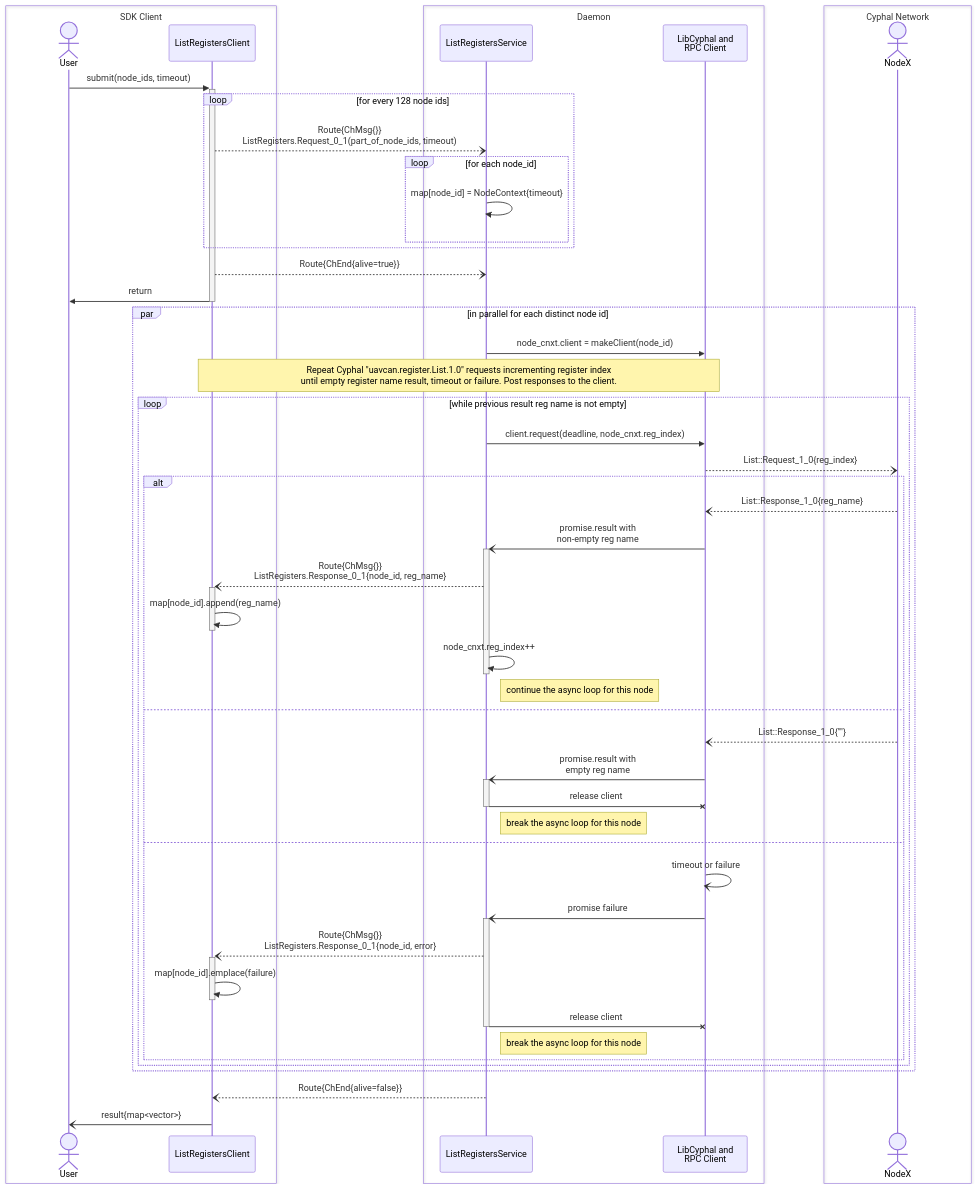
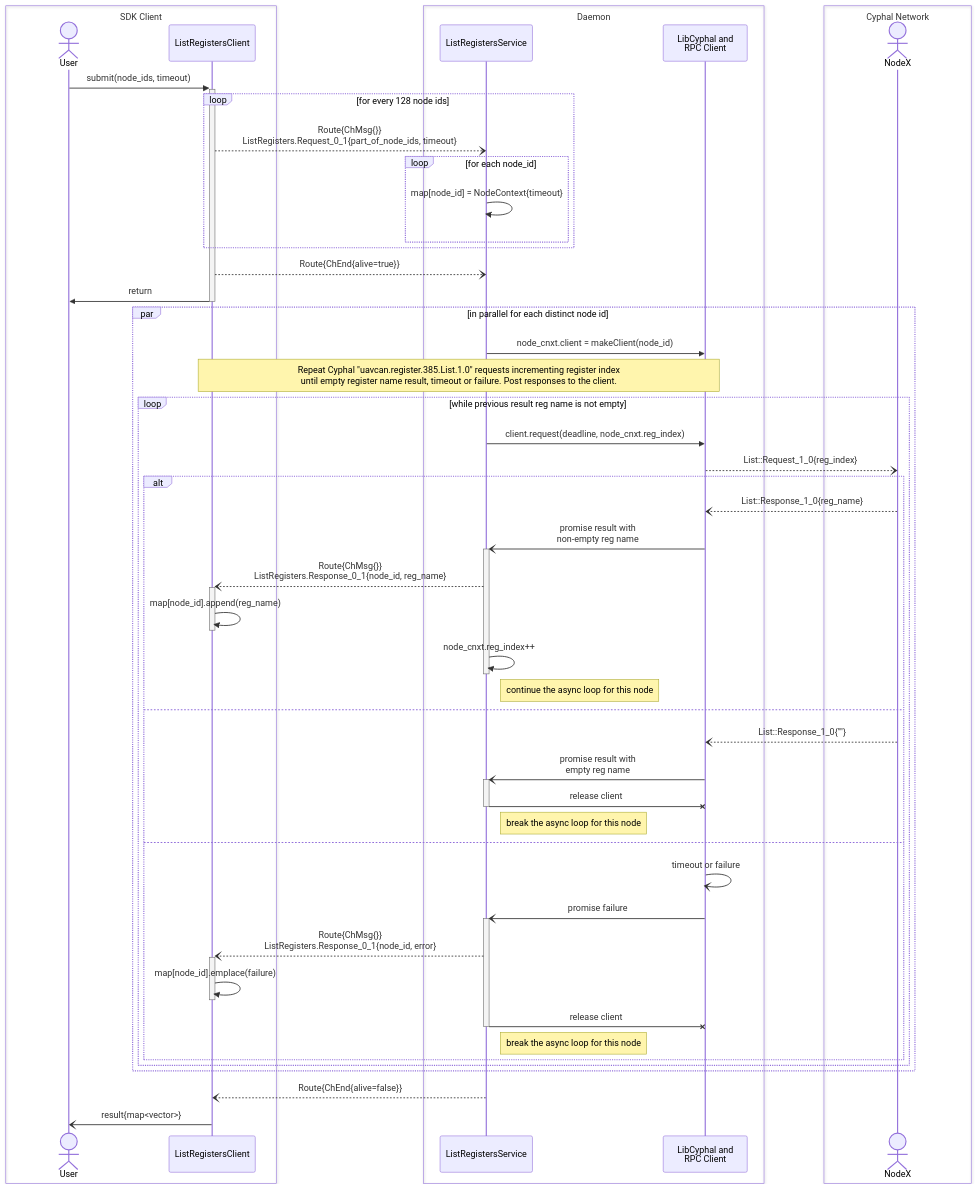
One commit to OpenCyphal-Garage/ocvsmd changed the second of 3 diagrams in docs/svc_design.md. Above: the diagram before and after it, drawn with Mermaid. The commit also changed other lines of this file, not shown here.

Commit message:
described `AccessRegisters` service

````diff
--- a/docs/svc_design.md
+++ b/docs/svc_design.md
@@ -106,62 +106,62 @@
 ```mermaid
 sequenceDiagram
     actor User
     participant ListRegistersClient
     participant ListRegistersService
     participant LibCyphal as LibCyphal and<br/>RPC Client
     actor NodeX
     
     User ->>+ ListRegistersClient: submit(node_ids, timeout)
     loop for every 128 node ids
-        ListRegistersClient --) ListRegistersService: Route{ChMsg{}}<br/>ListRegisters.Request_0_1(part_of_node_ids, timeout)
+        ListRegistersClient --) ListRegistersService: Route{ChMsg{}}<br/>ListRegisters.Request_0_1{part_of_node_ids, timeout}
         loop for each node_id
             ListRegistersService ->> ListRegistersService: map[node_id] = NodeContext{timeout}
         end
     end
     ListRegistersClient --) ListRegistersService: Route{ChEnd{alive=true}}
     ListRegistersClient ->>- User : return
     
     par in parallel for each distinct node id
         ListRegistersService ->> LibCyphal: node_cnxt.client = makeClient(node_id)
-        Note over ListRegistersClient, LibCyphal: Repeat Cyphal "uavcan.register.List.1.0" requests incrementing register index<br/>until empty register name result, timeout or failure. Post responses to the client.
+        Note over ListRegistersClient, LibCyphal: Repeat Cyphal "uavcan.register.385.List.1.0" requests incrementing register index<br/>until empty register name result, timeout or failure. Post responses to the client.
         loop while previous result reg name is not empty
             ListRegistersService ->> LibCyphal: client.request(deadline, node_cnxt.reg_index)
             LibCyphal --) NodeX: List::Request_1_0{reg_index}
             alt
                 NodeX --) LibCyphal: List::Response_1_0{reg_name}
-                LibCyphal -)+ ListRegistersService: promise.result with<br/>non-empty reg name
+                LibCyphal -)+ ListRegistersService: promise result with<br/>non-empty reg name
                 ListRegistersService --)+ ListRegistersClient: Route{ChMsg{}}<br/>ListRegisters.Response_0_1{node_id, reg_name}
                 ListRegistersClient ->>- ListRegistersClient: map[node_id].append(reg_name)
                 ListRegistersService ->>- ListRegistersService: node_cnxt.reg_index++
                 Note right of ListRegistersService: continue the async loop for this node
             else
                 NodeX --) LibCyphal: List::Response_1_0{""}
-                LibCyphal -)+ ListRegistersService: promise.result with<br/>empty reg name
+                LibCyphal -)+ ListRegistersService: promise result with<br/>empty reg name
                 ListRegistersService -x- LibCyphal: release client
                 Note right of ListRegistersService: break the async loop for this node 
             else
                 LibCyphal -) LibCyphal: timeout or failure
                 LibCyphal -)+ ListRegistersService: promise failure
                 ListRegistersService --)+ ListRegistersClient: Route{ChMsg{}}<br/>ListRegisters.Response_0_1{node_id, error}
                 ListRegistersClient ->>- ListRegistersClient: map[node_id].emplace(failure)
                 ListRegistersService -x- LibCyphal: release client
                 Note right of ListRegistersService: break the async loop for this node
             end
         end
     end
     
     ListRegistersService --) ListRegistersClient: Route{ChEnd{alive=false}}
     ListRegistersClient -) User: result{map<vector>}
 
     box SDK Client
         actor User
         participant ListRegistersClient
     end
     box Daemon
         participant ListRegistersService
         participant LibCyphal
     end
     box Cyphal Network
         actor NodeX
     end
 ```
````
